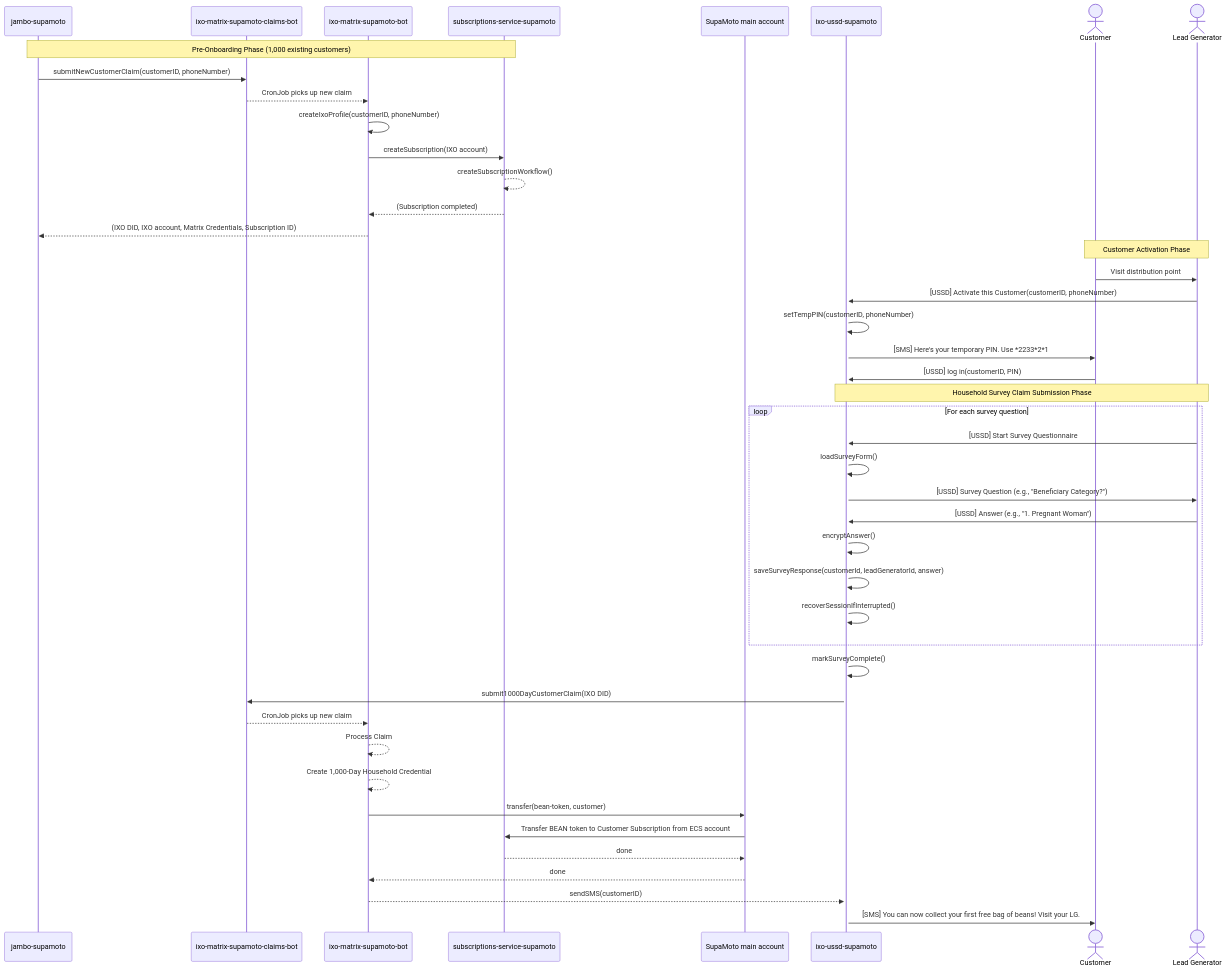
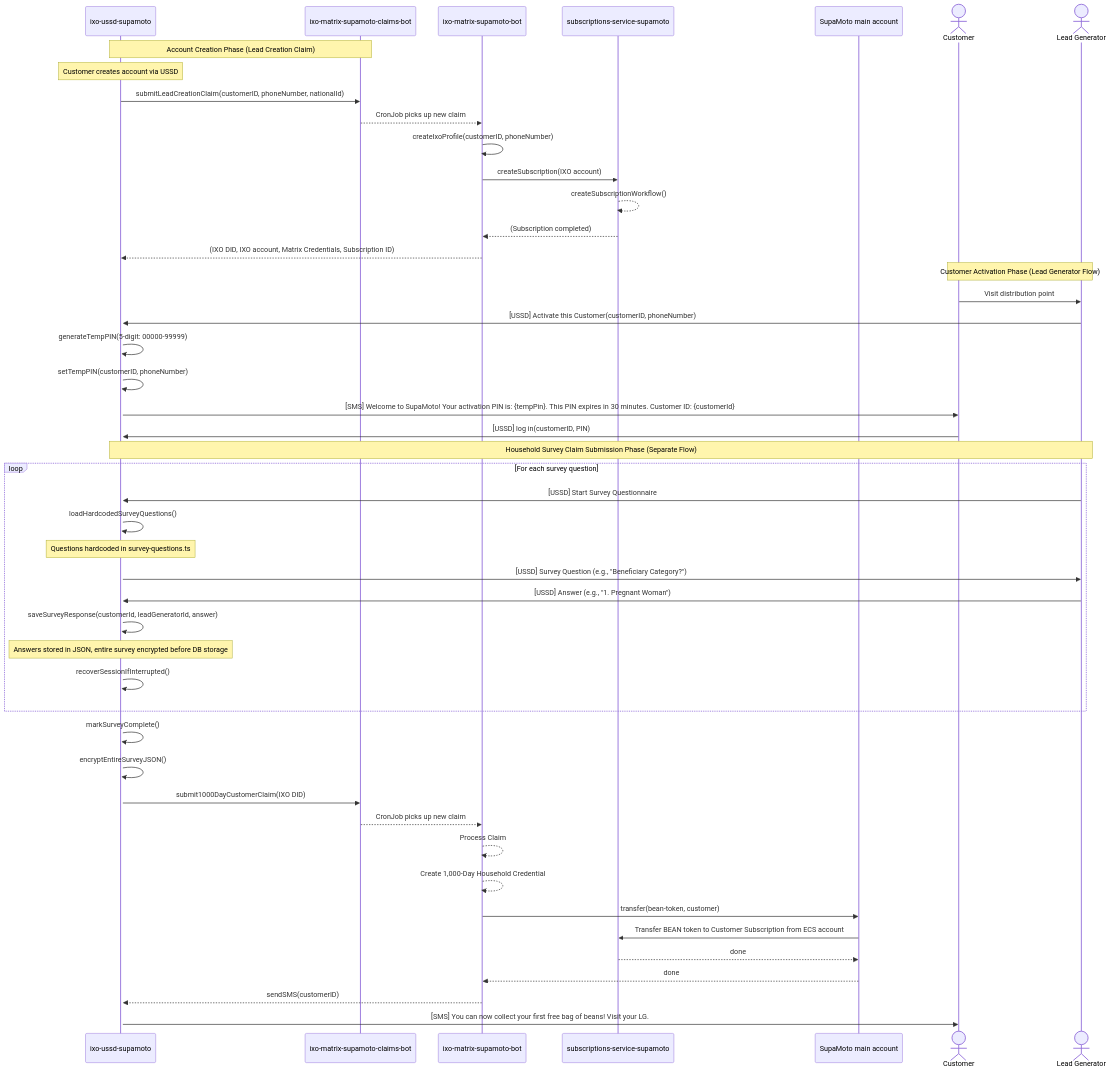
Before and after one commit to emerging-eco/ixo-ussd-supamoto: the first of 4 diagrams in docs/supamoto/SEQUENCE_DIAGRAM.md, drawn with Mermaid. The commit also changed other lines of this file and 6 other files, not shown here.

First line of the commit message:
fix: Prevent duplicate household claims and add conditional bean frequency question

````diff
--- a/docs/supamoto/SEQUENCE_DIAGRAM.md
+++ b/docs/supamoto/SEQUENCE_DIAGRAM.md
@@ -13,49 +19,52 @@
 ```mermaid
 sequenceDiagram
-    participant jambo as jambo-supamoto
+    participant USSD as ixo-ussd-supamoto
     participant claims-bot as ixo-matrix-supamoto-claims-bot
     participant matrix-bot as ixo-matrix-supamoto-bot
     participant subs-svc as subscriptions-service-supamoto
     participant SUPA as SupaMoto main account
-    participant USSD as ixo-ussd-supamoto
     actor Customer
     actor LG as Lead Generator
 
-    Note over jambo,subs-svc: Pre-Onboarding Phase (1,000 existing customers)
-    jambo->>claims-bot: submitNewCustomerClaim(customerID, phoneNumber)
+    Note over USSD,claims-bot: Account Creation Phase (Lead Creation Claim)
+    Note over USSD: Customer creates account via USSD
+    USSD->>claims-bot: submitLeadCreationClaim(customerID, phoneNumber, nationalId)
     claims-bot-->>matrix-bot: CronJob picks up new claim
     matrix-bot->>matrix-bot: createIxoProfile(customerID, phoneNumber)
     matrix-bot->>subs-svc: createSubscription(IXO account)
     subs-svc-->>subs-svc: createSubscriptionWorkflow()
     subs-svc-->>matrix-bot: (Subscription completed)
-    matrix-bot-->>jambo: (IXO DID, IXO account, Matrix Credentials, Subscription ID)
+    matrix-bot-->>USSD: (IXO DID, IXO account, Matrix Credentials, Subscription ID)
 
-    Note over Customer,LG: Customer Activation Phase
+    Note over Customer,LG: Customer Activation Phase (Lead Generator Flow)
     Customer->>LG: Visit distribution point
     LG->>+USSD: [USSD] Activate this Customer(customerID, phoneNumber)
+    USSD->>USSD: generateTempPIN(5-digit: 00000-99999)
     USSD->>USSD: setTempPIN(customerID, phoneNumber)
-    USSD->>Customer: [SMS] Here's your temporary PIN. Use *2233*2*1# to log in and reset your PIN.
+    USSD->>Customer: [SMS] Welcome to SupaMoto! Your activation PIN is: {tempPin}. This PIN expires in 30 minutes. Customer ID: {customerId}
     Customer->>USSD: [USSD] log in(customerID, PIN)
 
-    Note over USSD,LG: Household Survey Claim Submission Phase
+    Note over USSD,LG: Household Survey Claim Submission Phase (Separate Flow)
     loop For each survey question
         LG->>USSD: [USSD] Start Survey Questionnaire
-        USSD->>USSD: loadSurveyForm()
+        USSD->>USSD: loadHardcodedSurveyQuestions()
+        Note over USSD: Questions hardcoded in survey-questions.ts
         USSD->>LG: [USSD] Survey Question (e.g., "Beneficiary Category?")
         LG->>USSD: [USSD] Answer (e.g., "1. Pregnant Woman")
-        USSD->>USSD: encryptAnswer()
         USSD->>USSD: saveSurveyResponse(customerId, leadGeneratorId, answer)
+        Note over USSD: Answers stored in JSON, entire survey encrypted before DB storage
         USSD->>USSD: recoverSessionIfInterrupted()
     end
     USSD->>USSD: markSurveyComplete()
+    USSD->>USSD: encryptEntireSurveyJSON()
     USSD->>claims-bot: submit1000DayCustomerClaim(IXO DID)
     claims-bot-->>matrix-bot: CronJob picks up new claim
     matrix-bot-->>matrix-bot: Process Claim
     matrix-bot-->>matrix-bot: Create 1,000-Day Household Credential
     matrix-bot->>SUPA: transfer(bean-token, customer)
     SUPA->>subs-svc: Transfer BEAN token to Customer Subscription from ECS account
     subs-svc-->>SUPA: done
     SUPA-->>matrix-bot: done
     matrix-bot-->>USSD: sendSMS(customerID)
     USSD->>Customer: [SMS] You can now collect your first free bag of beans! Visit your LG.
 ```
````
